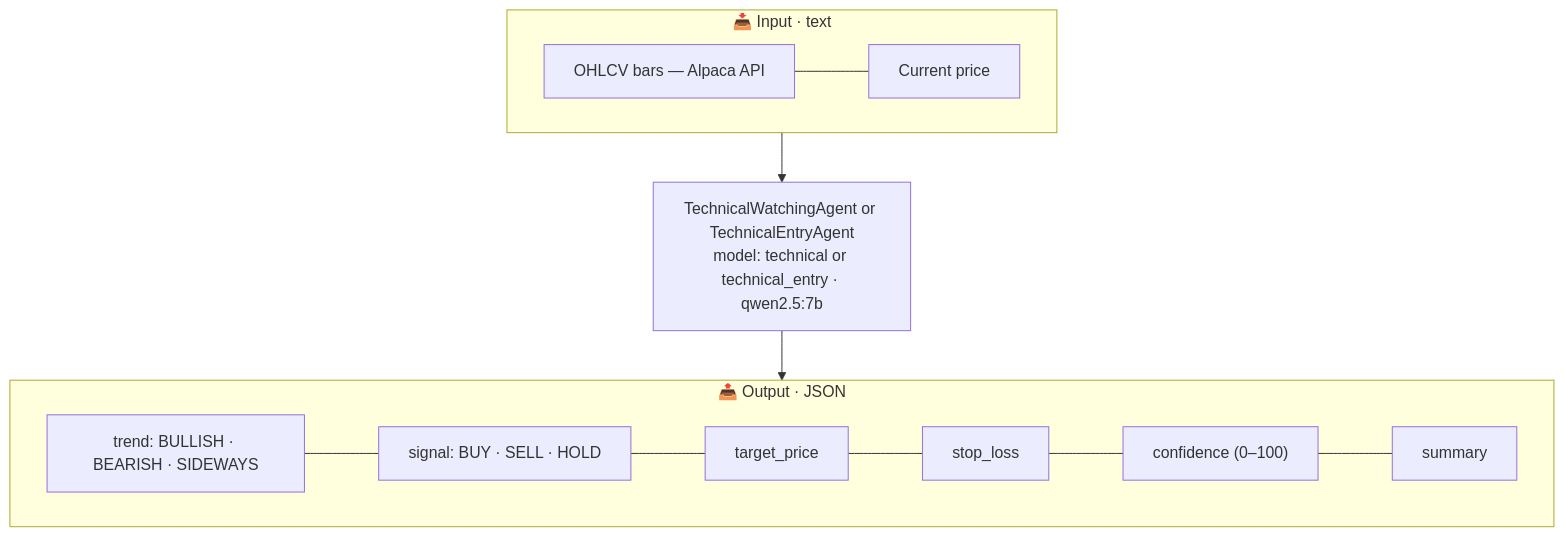
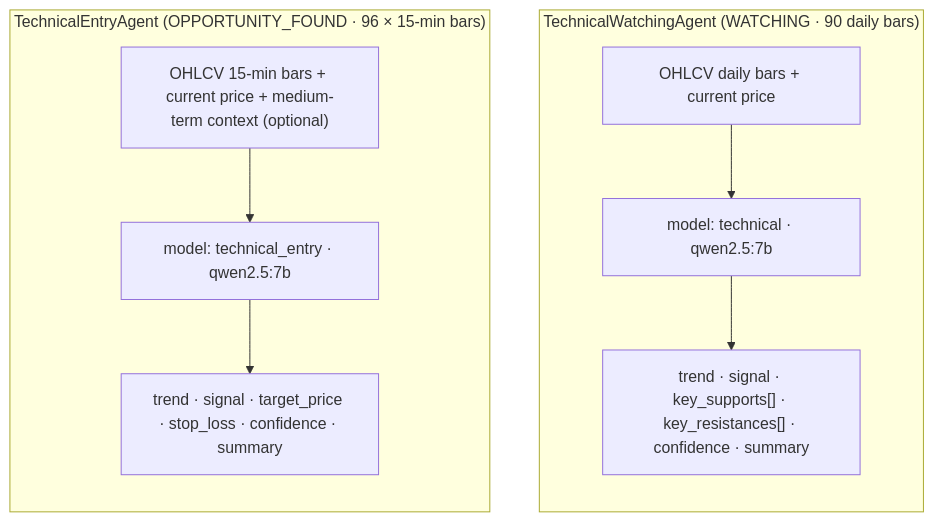
Before and after one commit to juandgm13/Trading-AI-Agent: the third of 6 diagrams in docs/architecture.md, drawn with Mermaid. The commit also changed other lines of this file and 10 other files, not shown here.

First line of the commit message:
feat(prompts): bloque 4 — prompts separados, OPPORTUNITY_FOUND, key_supports/resistances

````diff
--- a/docs/architecture.md
+++ b/docs/architecture.md
@@ -90,20 +90,18 @@
 ```mermaid
 flowchart TB
-    subgraph IN["📥 Input · text"]
-        I1["OHLCV bars — Alpaca API"]
-        --- I2["Current price"]
+    subgraph WATCH["TechnicalWatchingAgent (WATCHING · 90 daily bars)"]
+        direction TB
+        WI["OHLCV daily bars + current price"]
+        WA["model: technical · qwen2.5:7b"]
+        WO["trend · signal · key_supports[] · key_resistances[] · confidence · summary"]
+        WI --> WA --> WO
     end
 
-    AG["TechnicalWatchingAgent or TechnicalEntryAgent<br/>model: technical or technical_entry · qwen2.5:7b"]
-
-    subgraph OUT["📤 Output · JSON"]
-        O1["trend: BULLISH · BEARISH · SIDEWAYS"]
-        --- O2["signal: BUY · SELL · HOLD"]
-        --- O3["target_price"]
-        --- O4["stop_loss"]
-        --- O5["confidence (0–100)"]
-        --- O6["summary"]
+    subgraph ENTRY["TechnicalEntryAgent (OPPORTUNITY_FOUND · 96 × 15-min bars)"]
+        direction TB
+        EI["OHLCV 15-min bars + current price + medium-term context (optional)"]
+        EA["model: technical_entry · qwen2.5:7b"]
+        EO["trend · signal · target_price · stop_loss · confidence · summary"]
+        EI --> EA --> EO
     end
-
-    IN --> AG --> OUT
 ```
````
